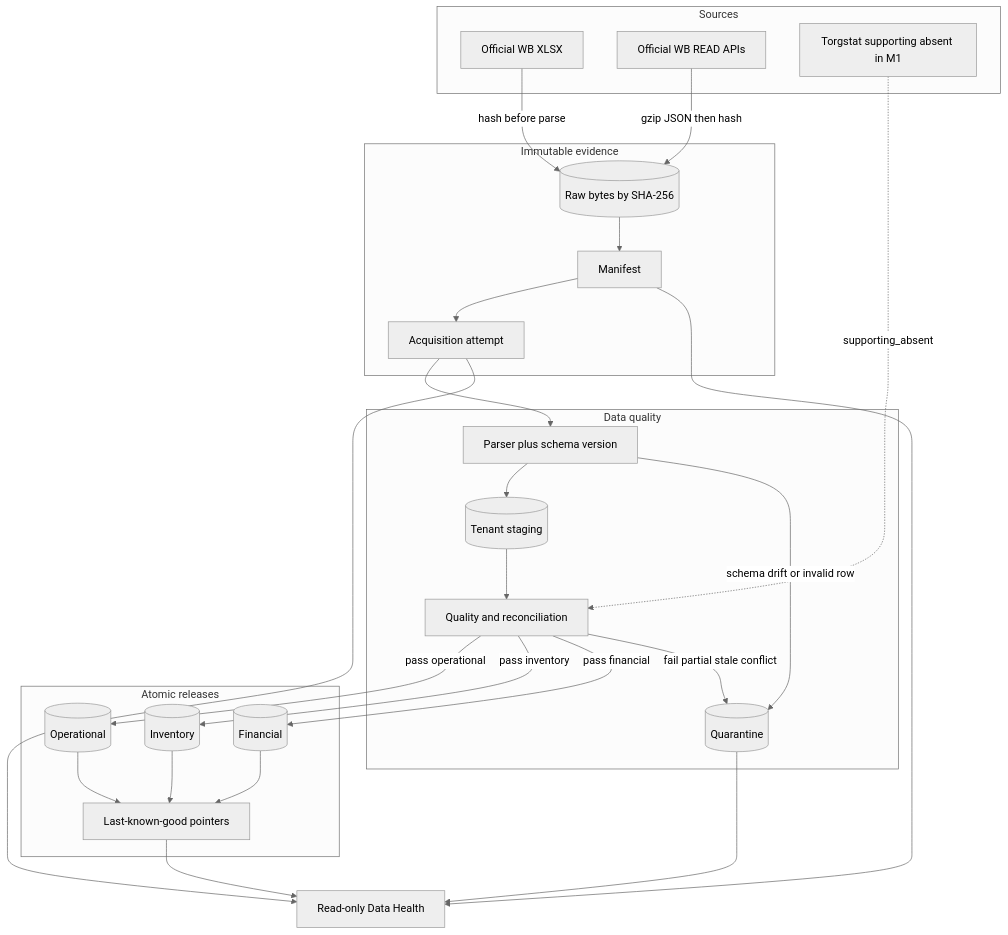
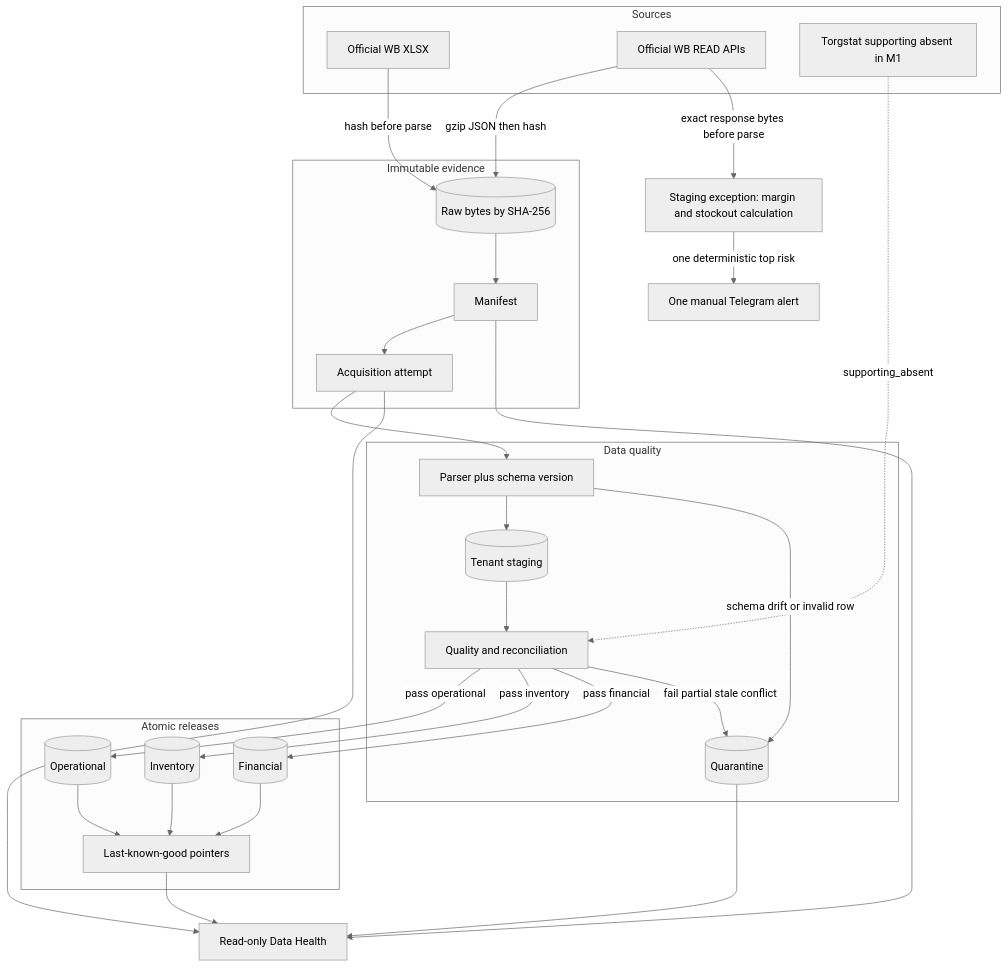
The diagram in docs/architecture/data-flow.mmd (mihailzhamba-bot/proxima-ai), drawn with Mermaid (neutral theme) before and after one commit. The commit also changed 9 other files, not shown here.

First line of the commit message:
chore(02-2.1): add manual VPS signal runtime

```diff
--- a/docs/architecture/data-flow.mmd
+++ b/docs/architecture/data-flow.mmd
@@ -1,45 +1,49 @@
 flowchart TB
   subgraph S[Sources]
     XLSX[Official WB XLSX]
     API[Official WB READ APIs]
     TS[Torgstat supporting absent in M1]
   end
 
   subgraph E[Immutable evidence]
     RAW[(Raw bytes by SHA-256)]
     MAN[Manifest]
     ATT[Acquisition attempt]
   end
 
   subgraph Q[Data quality]
     PARSE[Parser plus schema version]
     STAGE[(Tenant staging)]
     QUAR[(Quarantine)]
     CHECK[Quality and reconciliation]
   end
 
   subgraph R[Atomic releases]
     OP[(Operational)]
     INV[(Inventory)]
     FIN[(Financial)]
     LKG[Last-known-good pointers]
   end
 
   UI[Read-only Data Health]
+  SIGNAL[Staging exception: margin and stockout calculation]
+  TG[One manual Telegram alert]
 
   XLSX -->|hash before parse| RAW
   API -->|gzip JSON then hash| RAW
   TS -. supporting_absent .-> CHECK
   RAW --> MAN --> ATT --> PARSE --> STAGE --> CHECK
   PARSE -->|schema drift or invalid row| QUAR
   CHECK -->|pass operational| OP
   CHECK -->|pass inventory| INV
   CHECK -->|pass financial| FIN
   CHECK -->|fail partial stale conflict| QUAR
   OP --> LKG
   INV --> LKG
   FIN --> LKG
   LKG --> UI
   ATT --> UI
   MAN --> UI
   QUAR --> UI
+  API -->|exact response bytes before parse| SIGNAL
+  SIGNAL -->|one deterministic top risk| TG
```
